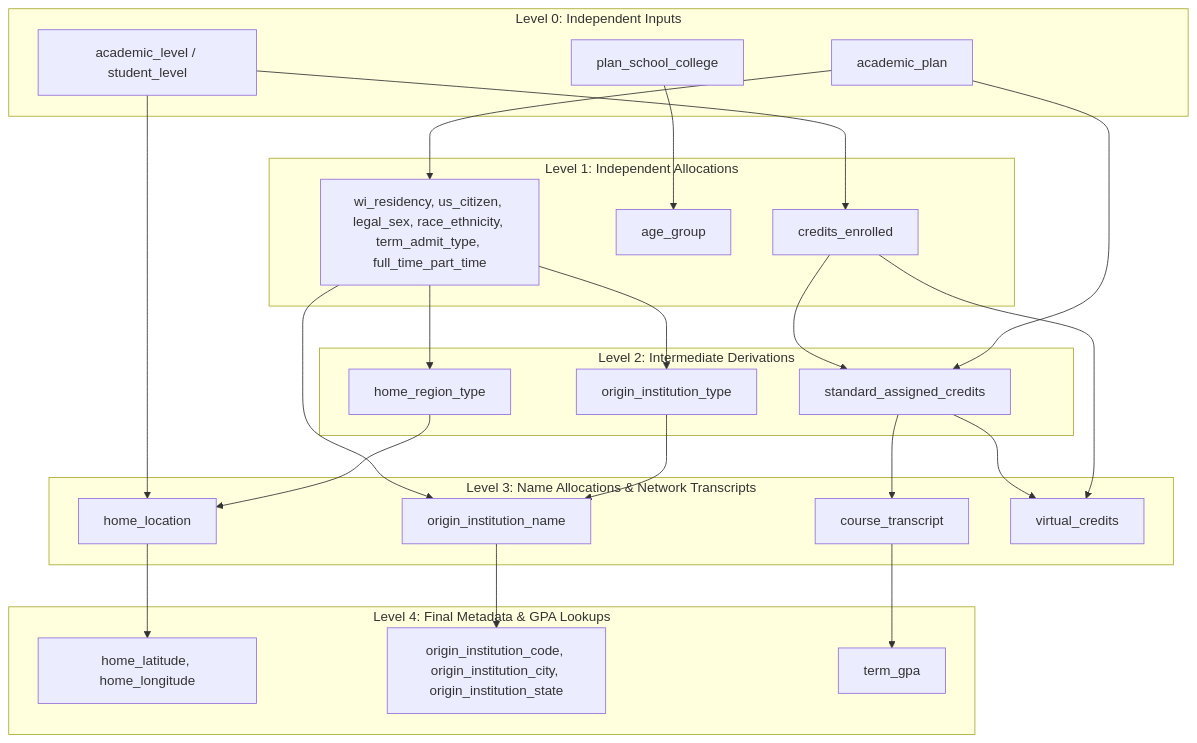
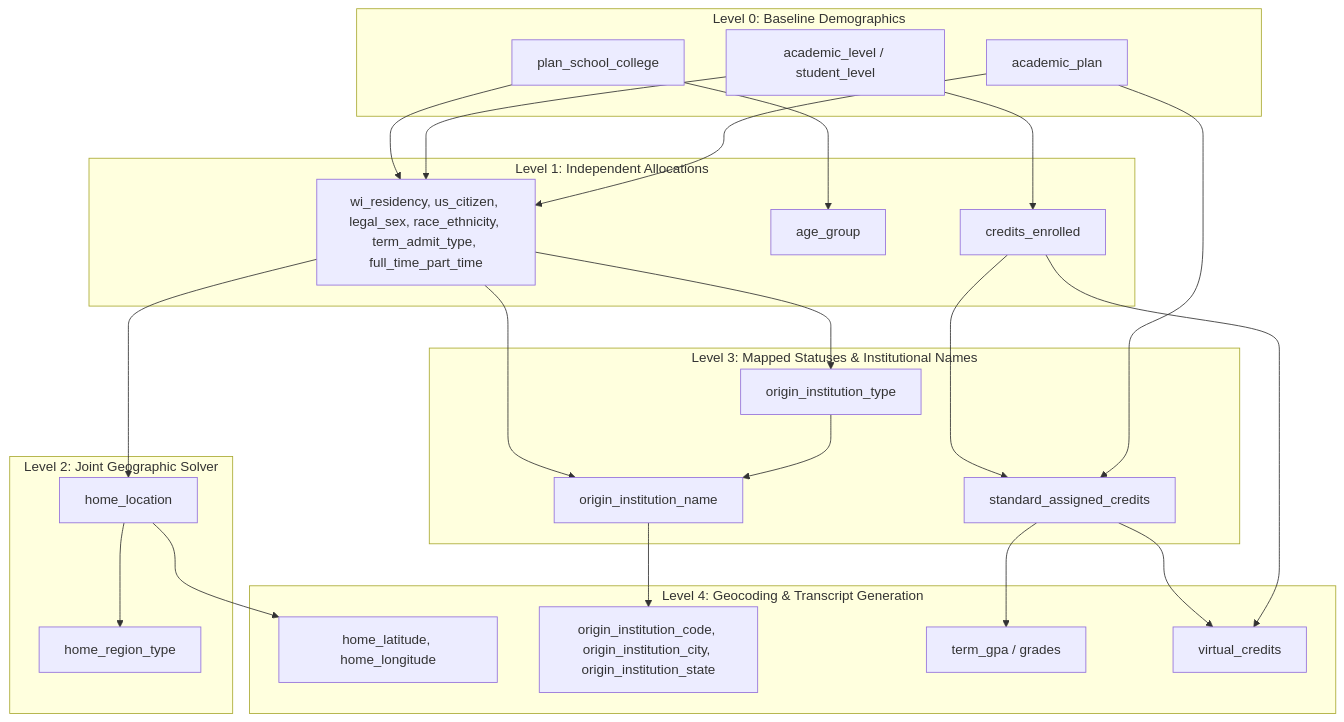
The diagram in ALGO.md (chep0k/synthetic-wisc), drawn with Mermaid before and after one commit. The commit also changed other lines of this file and 6 other files, not shown here.

Commit message:
feat: implement joint geographic matching and GPA cohort calibration

````diff
--- a/ALGO.md
+++ b/ALGO.md
@@ -7,51 +5,49 @@
 ```mermaid
 graph TD
-    subgraph L0["Level 0: Independent Inputs"]
+    subgraph L0["Level 0: Baseline Demographics"]
         Plan[academic_plan]
         School[plan_school_college]
         Lvl[academic_level / student_level]
     end
 
     subgraph L1["Level 1: Independent Allocations"]
         Demo[wi_residency, us_citizen, legal_sex, race_ethnicity, term_admit_type, full_time_part_time]
         Age[age_group]
         Credits[credits_enrolled]
     end
 
-    subgraph L2["Level 2: Intermediate Derivations"]
+    subgraph L2["Level 2: Joint Geographic Solver"]
+        HomeLoc[home_location]
         RegionType[home_region_type]
+    end
+
+    subgraph L3["Level 3: Mapped Statuses & Institutional Names"]
         InstType[origin_institution_type]
+        InstName[origin_institution_name]
         Standard[standard_assigned_credits]
     end
 
-    subgraph L3["Level 3: Name Allocations & Network Transcripts"]
-        HomeLoc[home_location]
-        InstName[origin_institution_name]
-        Transcript[course_transcript]
+    subgraph L4["Level 4: Geocoding & Transcript Generation"]
+        LatLon[home_latitude, home_longitude]
+        InstDetails[origin_institution_code, origin_institution_city, origin_institution_state]
+        GPA[term_gpa / grades]
         Virtual[virtual_credits]
     end
 
-    subgraph L4["Level 4: Final Metadata & GPA Lookups"]
-        LatLon[home_latitude, home_longitude]
-        InstDetails[origin_institution_code, origin_institution_city, origin_institution_state]
-        GPA[term_gpa]
-    end
-
     %% Connections
-    Plan --> Demo
+    Plan & Lvl & School --> Demo
     School --> Age
     Lvl --> Credits
 
-    Demo --> RegionType
+    Demo --> HomeLoc
+    HomeLoc --> RegionType
     Demo --> InstType
+    
+    InstType & Demo --> InstName
     Plan & Credits --> Standard
-
-    RegionType & Lvl --> HomeLoc
-    InstType & Demo --> InstName
-    Standard --> Transcript
-    Credits & Standard --> Virtual
-    Transcript --> GPA
-
+    
     HomeLoc --> LatLon
     InstName --> InstDetails
+    Standard --> GPA
+    Credits & Standard --> Virtual
 ```
````
